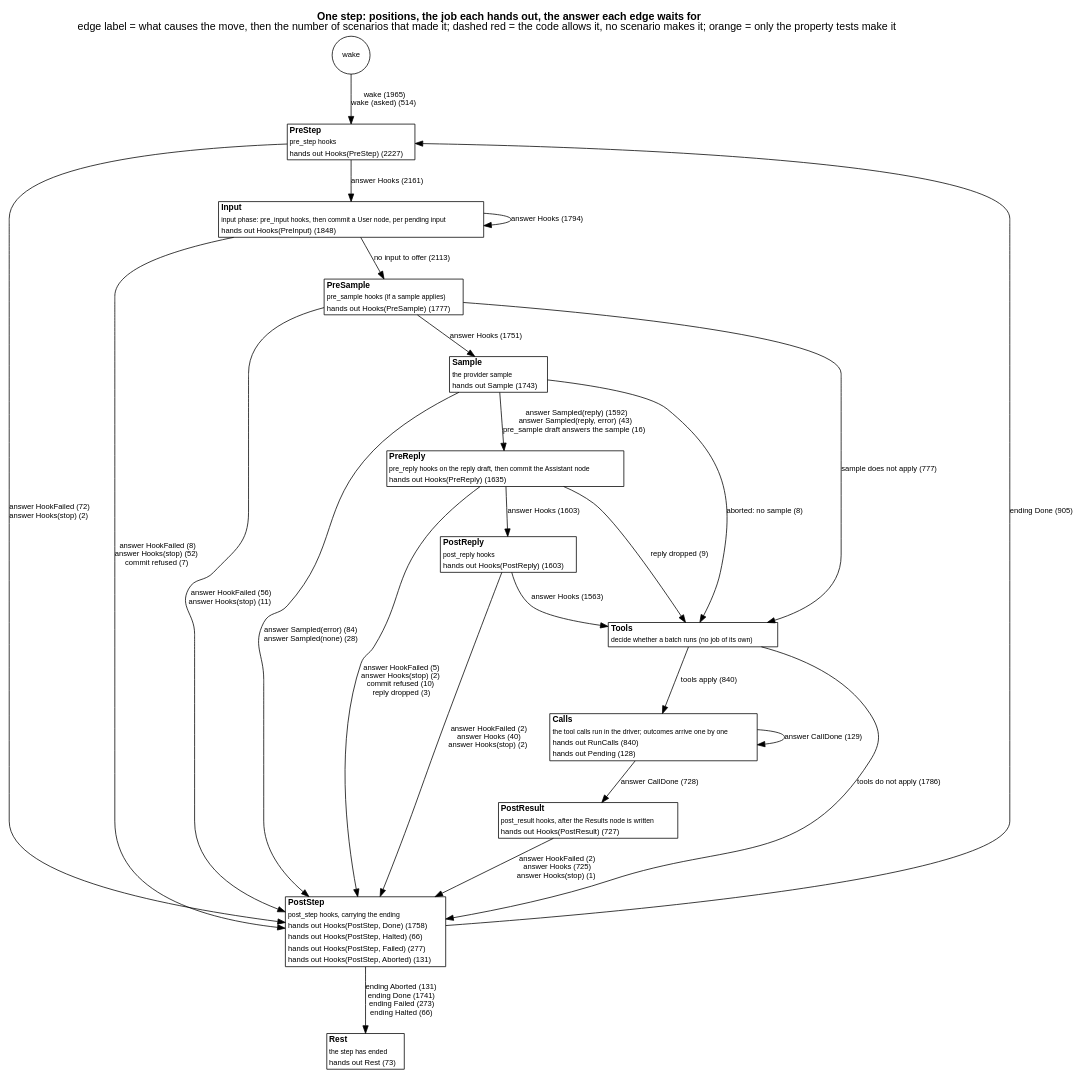
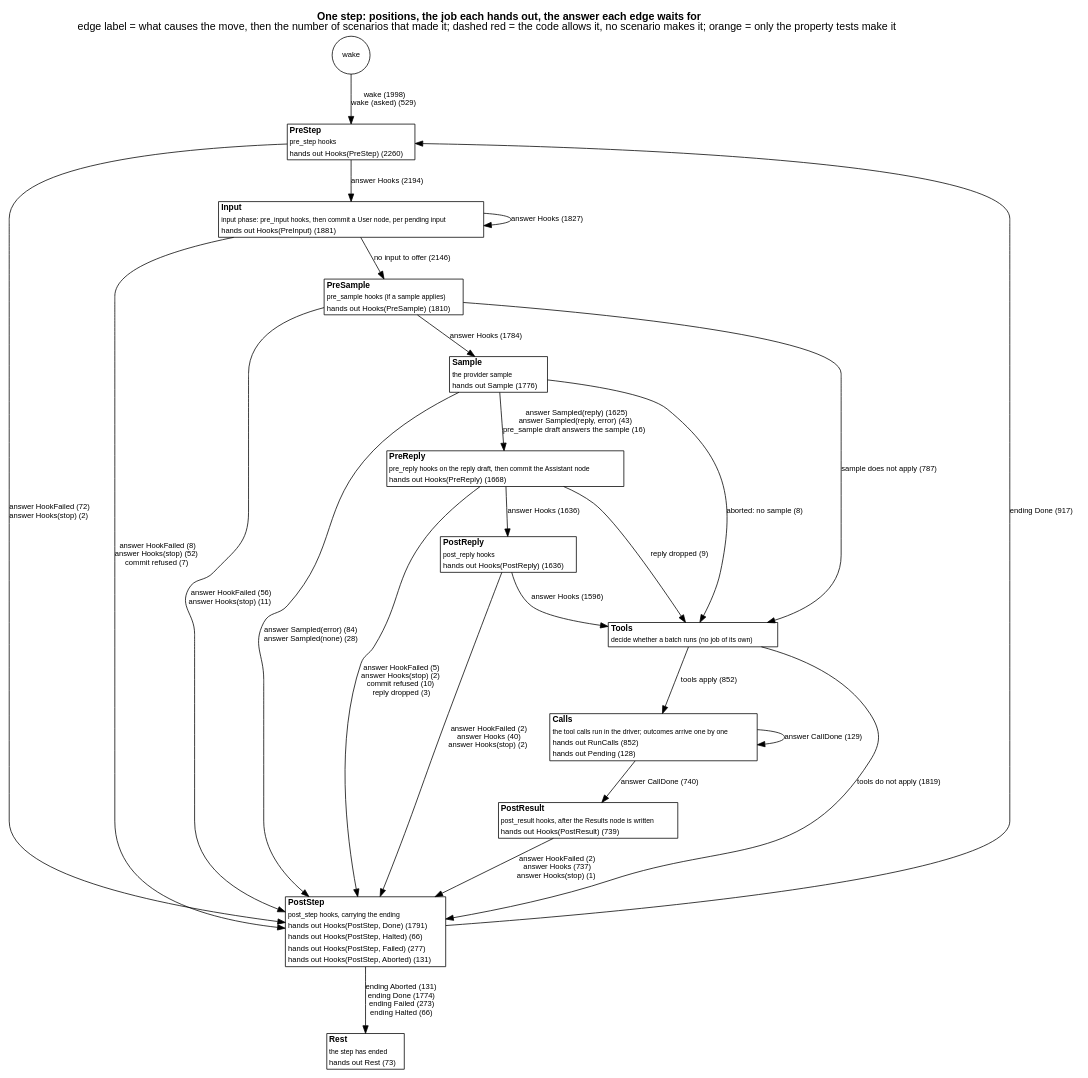
The diagram in docs/as-built/diagrams/step-positions.dot (jmccardle/tau), drawn with Graphviz before and after one commit. The commit also changed 2 other files, not shown here.

Commit message:
Regenerate the as-built diagrams
step-positions counts follow the merged fixture and image tests. Deterministic: a second
run of scripts/diagrams.sh --check on the regenerated tree reports them up to date.

```diff
--- a/docs/as-built/diagrams/step-positions.dot
+++ b/docs/as-built/diagrams/step-positions.dot
@@ -1,42 +1,42 @@
 // Generated by scripts/diagrams.sh from the test suites' transitions. Do not edit.
 digraph step_positions {
   graph [rankdir=TB, fontname="Helvetica", nodesep=0.5, ranksep=0.6, labelloc=t, label=<<b>One step: positions, the job each hands out, the answer each edge waits for</b><br/>edge label = what causes the move, then the number of scenarios that made it; dashed red = the code allows it, no scenario makes it; orange = only the property tests make it>];
   node [shape=plain, fontname="Helvetica", fontsize=11];
   edge [fontname="Helvetica", fontsize=10];
   "(wake)" [shape=circle, label="wake", fontsize=10];
-  "PreStep" [label=<<table border="1" cellborder="0" cellspacing="0" bgcolor="white"><tr><td align="left"><b>PreStep</b></td></tr><tr><td align="left"><font point-size="9">pre_step hooks</font></td></tr><tr><td align="left"><font color="black" point-size="10">hands out Hooks(PreStep) (2227)</font></td></tr></table>>];
-  "Input" [label=<<table border="1" cellborder="0" cellspacing="0" bgcolor="white"><tr><td align="left"><b>Input</b></td></tr><tr><td align="left"><font point-size="9">input phase: pre_input hooks, then commit a User node, per pending input</font></td></tr><tr><td align="left"><font color="black" point-size="10">hands out Hooks(PreInput) (1848)</font></td></tr></table>>];
-  "PreSample" [label=<<table border="1" cellborder="0" cellspacing="0" bgcolor="white"><tr><td align="left"><b>PreSample</b></td></tr><tr><td align="left"><font point-size="9">pre_sample hooks (if a sample applies)</font></td></tr><tr><td align="left"><font color="black" point-size="10">hands out Hooks(PreSample) (1777)</font></td></tr></table>>];
-  "Sample" [label=<<table border="1" cellborder="0" cellspacing="0" bgcolor="white"><tr><td align="left"><b>Sample</b></td></tr><tr><td align="left"><font point-size="9">the provider sample</font></td></tr><tr><td align="left"><font color="black" point-size="10">hands out Sample (1743)</font></td></tr></table>>];
-  "PreReply" [label=<<table border="1" cellborder="0" cellspacing="0" bgcolor="white"><tr><td align="left"><b>PreReply</b></td></tr><tr><td align="left"><font point-size="9">pre_reply hooks on the reply draft, then commit the Assistant node</font></td></tr><tr><td align="left"><font color="black" point-size="10">hands out Hooks(PreReply) (1635)</font></td></tr></table>>];
-  "PostReply" [label=<<table border="1" cellborder="0" cellspacing="0" bgcolor="white"><tr><td align="left"><b>PostReply</b></td></tr><tr><td align="left"><font point-size="9">post_reply hooks</font></td></tr><tr><td align="left"><font color="black" point-size="10">hands out Hooks(PostReply) (1603)</font></td></tr></table>>];
+  "PreStep" [label=<<table border="1" cellborder="0" cellspacing="0" bgcolor="white"><tr><td align="left"><b>PreStep</b></td></tr><tr><td align="left"><font point-size="9">pre_step hooks</font></td></tr><tr><td align="left"><font color="black" point-size="10">hands out Hooks(PreStep) (2260)</font></td></tr></table>>];
+  "Input" [label=<<table border="1" cellborder="0" cellspacing="0" bgcolor="white"><tr><td align="left"><b>Input</b></td></tr><tr><td align="left"><font point-size="9">input phase: pre_input hooks, then commit a User node, per pending input</font></td></tr><tr><td align="left"><font color="black" point-size="10">hands out Hooks(PreInput) (1881)</font></td></tr></table>>];
+  "PreSample" [label=<<table border="1" cellborder="0" cellspacing="0" bgcolor="white"><tr><td align="left"><b>PreSample</b></td></tr><tr><td align="left"><font point-size="9">pre_sample hooks (if a sample applies)</font></td></tr><tr><td align="left"><font color="black" point-size="10">hands out Hooks(PreSample) (1810)</font></td></tr></table>>];
+  "Sample" [label=<<table border="1" cellborder="0" cellspacing="0" bgcolor="white"><tr><td align="left"><b>Sample</b></td></tr><tr><td align="left"><font point-size="9">the provider sample</font></td></tr><tr><td align="left"><font color="black" point-size="10">hands out Sample (1776)</font></td></tr></table>>];
+  "PreReply" [label=<<table border="1" cellborder="0" cellspacing="0" bgcolor="white"><tr><td align="left"><b>PreReply</b></td></tr><tr><td align="left"><font point-size="9">pre_reply hooks on the reply draft, then commit the Assistant node</font></td></tr><tr><td align="left"><font color="black" point-size="10">hands out Hooks(PreReply) (1668)</font></td></tr></table>>];
+  "PostReply" [label=<<table border="1" cellborder="0" cellspacing="0" bgcolor="white"><tr><td align="left"><b>PostReply</b></td></tr><tr><td align="left"><font point-size="9">post_reply hooks</font></td></tr><tr><td align="left"><font color="black" point-size="10">hands out Hooks(PostReply) (1636)</font></td></tr></table>>];
   "Tools" [label=<<table border="1" cellborder="0" cellspacing="0" bgcolor="white"><tr><td align="left"><b>Tools</b></td></tr><tr><td align="left"><font point-size="9">decide whether a batch runs (no job of its own)</font></td></tr></table>>];
-  "Calls" [label=<<table border="1" cellborder="0" cellspacing="0" bgcolor="white"><tr><td align="left"><b>Calls</b></td></tr><tr><td align="left"><font point-size="9">the tool calls run in the driver; outcomes arrive one by one</font></td></tr><tr><td align="left"><font color="black" point-size="10">hands out RunCalls (840)</font></td></tr><tr><td align="left"><font color="black" point-size="10">hands out Pending (128)</font></td></tr></table>>];
-  "PostResult" [label=<<table border="1" cellborder="0" cellspacing="0" bgcolor="white"><tr><td align="left"><b>PostResult</b></td></tr><tr><td align="left"><font point-size="9">post_result hooks, after the Results node is written</font></td></tr><tr><td align="left"><font color="black" point-size="10">hands out Hooks(PostResult) (727)</font></td></tr></table>>];
-  "PostStep" [label=<<table border="1" cellborder="0" cellspacing="0" bgcolor="white"><tr><td align="left"><b>PostStep</b></td></tr><tr><td align="left"><font point-size="9">post_step hooks, carrying the ending</font></td></tr><tr><td align="left"><font color="black" point-size="10">hands out Hooks(PostStep, Done) (1758)</font></td></tr><tr><td align="left"><font color="black" point-size="10">hands out Hooks(PostStep, Halted) (66)</font></td></tr><tr><td align="left"><font color="black" point-size="10">hands out Hooks(PostStep, Failed) (277)</font></td></tr><tr><td align="left"><font color="black" point-size="10">hands out Hooks(PostStep, Aborted) (131)</font></td></tr></table>>];
+  "Calls" [label=<<table border="1" cellborder="0" cellspacing="0" bgcolor="white"><tr><td align="left"><b>Calls</b></td></tr><tr><td align="left"><font point-size="9">the tool calls run in the driver; outcomes arrive one by one</font></td></tr><tr><td align="left"><font color="black" point-size="10">hands out RunCalls (852)</font></td></tr><tr><td align="left"><font color="black" point-size="10">hands out Pending (128)</font></td></tr></table>>];
+  "PostResult" [label=<<table border="1" cellborder="0" cellspacing="0" bgcolor="white"><tr><td align="left"><b>PostResult</b></td></tr><tr><td align="left"><font point-size="9">post_result hooks, after the Results node is written</font></td></tr><tr><td align="left"><font color="black" point-size="10">hands out Hooks(PostResult) (739)</font></td></tr></table>>];
+  "PostStep" [label=<<table border="1" cellborder="0" cellspacing="0" bgcolor="white"><tr><td align="left"><b>PostStep</b></td></tr><tr><td align="left"><font point-size="9">post_step hooks, carrying the ending</font></td></tr><tr><td align="left"><font color="black" point-size="10">hands out Hooks(PostStep, Done) (1791)</font></td></tr><tr><td align="left"><font color="black" point-size="10">hands out Hooks(PostStep, Halted) (66)</font></td></tr><tr><td align="left"><font color="black" point-size="10">hands out Hooks(PostStep, Failed) (277)</font></td></tr><tr><td align="left"><font color="black" point-size="10">hands out Hooks(PostStep, Aborted) (131)</font></td></tr></table>>];
   "Rest" [label=<<table border="1" cellborder="0" cellspacing="0" bgcolor="white"><tr><td align="left"><b>Rest</b></td></tr><tr><td align="left"><font point-size="9">the step has ended</font></td></tr><tr><td align="left"><font color="black" point-size="10">hands out Rest (73)</font></td></tr></table>>];
-  "(wake)" -> "PreStep" [label=<wake (1965)<br/>wake (asked) (514)>, color="black", style=solid];
+  "(wake)" -> "PreStep" [label=<wake (1998)<br/>wake (asked) (529)>, color="black", style=solid];
   "Calls" -> "Calls" [label=<answer CallDone (129)>, color="black", style=solid];
-  "Calls" -> "PostResult" [label=<answer CallDone (728)>, color="black", style=solid];
-  "Input" -> "Input" [label=<answer Hooks (1794)>, color="black", style=solid];
+  "Calls" -> "PostResult" [label=<answer CallDone (740)>, color="black", style=solid];
+  "Input" -> "Input" [label=<answer Hooks (1827)>, color="black", style=solid];
   "Input" -> "PostStep" [label=<answer HookFailed (8)<br/>answer Hooks(stop) (52)<br/>commit refused (7)>, color="black", style=solid];
-  "Input" -> "PreSample" [label=<no input to offer (2113)>, color="black", style=solid];
+  "Input" -> "PreSample" [label=<no input to offer (2146)>, color="black", style=solid];
   "PostReply" -> "PostStep" [label=<answer HookFailed (2)<br/>answer Hooks (40)<br/>answer Hooks(stop) (2)>, color="black", style=solid];
-  "PostReply" -> "Tools" [label=<answer Hooks (1563)>, color="black", style=solid];
-  "PostResult" -> "PostStep" [label=<answer HookFailed (2)<br/>answer Hooks (725)<br/>answer Hooks(stop) (1)>, color="black", style=solid];
-  "PostStep" -> "PreStep" [label=<ending Done (905)>, color="black", style=solid];
-  "PostStep" -> "Rest" [label=<ending Aborted (131)<br/>ending Done (1741)<br/>ending Failed (273)<br/>ending Halted (66)>, color="black", style=solid];
-  "PreReply" -> "PostReply" [label=<answer Hooks (1603)>, color="black", style=solid];
+  "PostReply" -> "Tools" [label=<answer Hooks (1596)>, color="black", style=solid];
+  "PostResult" -> "PostStep" [label=<answer HookFailed (2)<br/>answer Hooks (737)<br/>answer Hooks(stop) (1)>, color="black", style=solid];
+  "PostStep" -> "PreStep" [label=<ending Done (917)>, color="black", style=solid];
+  "PostStep" -> "Rest" [label=<ending Aborted (131)<br/>ending Done (1774)<br/>ending Failed (273)<br/>ending Halted (66)>, color="black", style=solid];
+  "PreReply" -> "PostReply" [label=<answer Hooks (1636)>, color="black", style=solid];
   "PreReply" -> "PostStep" [label=<answer HookFailed (5)<br/>answer Hooks(stop) (2)<br/>commit refused (10)<br/>reply dropped (3)>, color="black", style=solid];
   "PreReply" -> "Tools" [label=<reply dropped (9)>, color="black", style=solid];
   "PreSample" -> "PostStep" [label=<answer HookFailed (56)<br/>answer Hooks(stop) (11)>, color="black", style=solid];
-  "PreSample" -> "Sample" [label=<answer Hooks (1751)>, color="black", style=solid];
-  "PreSample" -> "Tools" [label=<sample does not apply (777)>, color="black", style=solid];
-  "PreStep" -> "Input" [label=<answer Hooks (2161)>, color="black", style=solid];
+  "PreSample" -> "Sample" [label=<answer Hooks (1784)>, color="black", style=solid];
+  "PreSample" -> "Tools" [label=<sample does not apply (787)>, color="black", style=solid];
+  "PreStep" -> "Input" [label=<answer Hooks (2194)>, color="black", style=solid];
   "PreStep" -> "PostStep" [label=<answer HookFailed (72)<br/>answer Hooks(stop) (2)>, color="black", style=solid];
   "Sample" -> "PostStep" [label=<answer Sampled(error) (84)<br/>answer Sampled(none) (28)>, color="black", style=solid];
-  "Sample" -> "PreReply" [label=<answer Sampled(reply) (1592)<br/>answer Sampled(reply, error) (43)<br/>pre_sample draft answers the sample (16)>, color="black", style=solid];
+  "Sample" -> "PreReply" [label=<answer Sampled(reply) (1625)<br/>answer Sampled(reply, error) (43)<br/>pre_sample draft answers the sample (16)>, color="black", style=solid];
   "Sample" -> "Tools" [label=<aborted: no sample (8)>, color="black", style=solid];
-  "Tools" -> "Calls" [label=<tools apply (840)>, color="black", style=solid];
-  "Tools" -> "PostStep" [label=<tools do not apply (1786)>, color="black", style=solid];
+  "Tools" -> "Calls" [label=<tools apply (852)>, color="black", style=solid];
+  "Tools" -> "PostStep" [label=<tools do not apply (1819)>, color="black", style=solid];
 }
```
